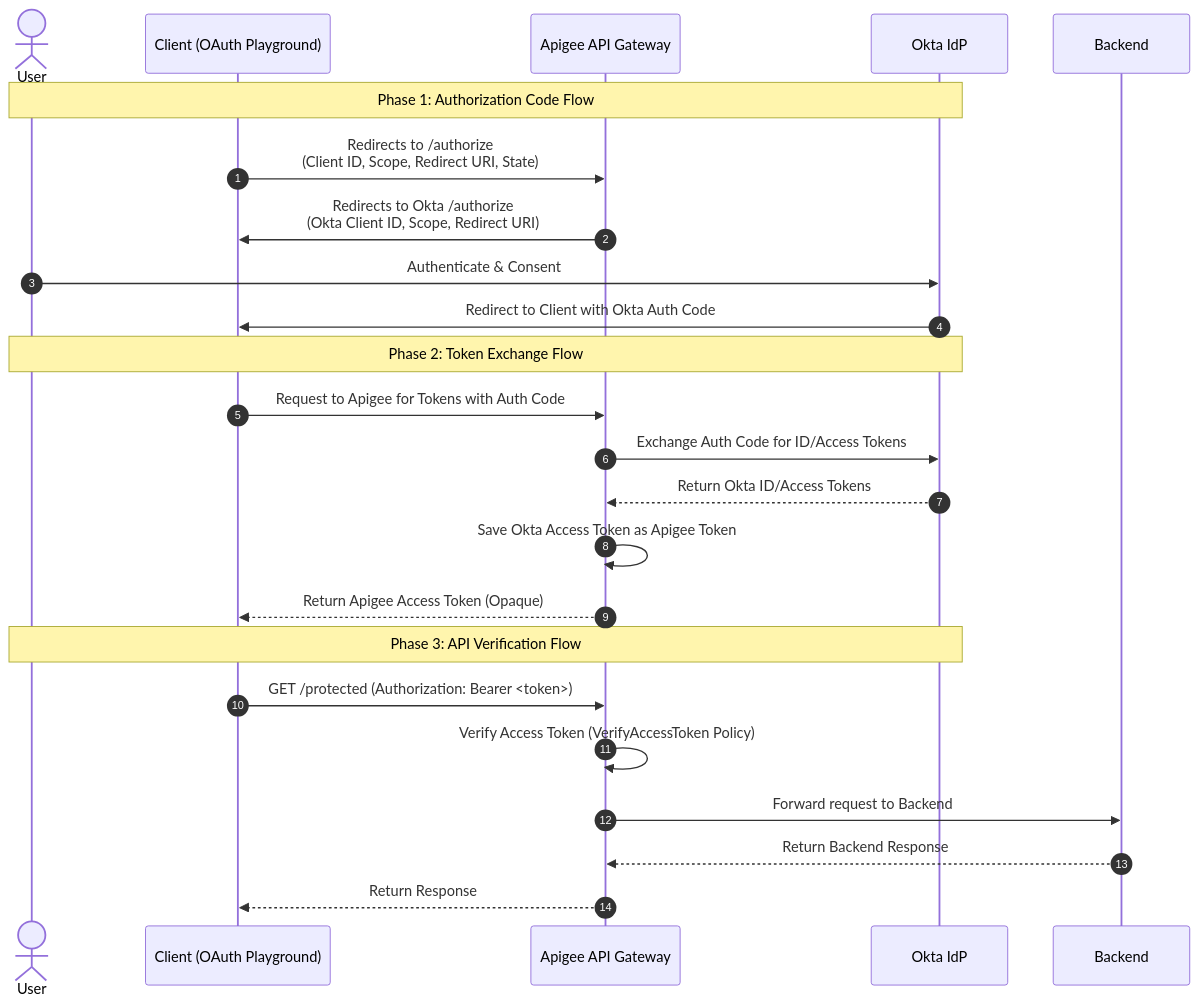
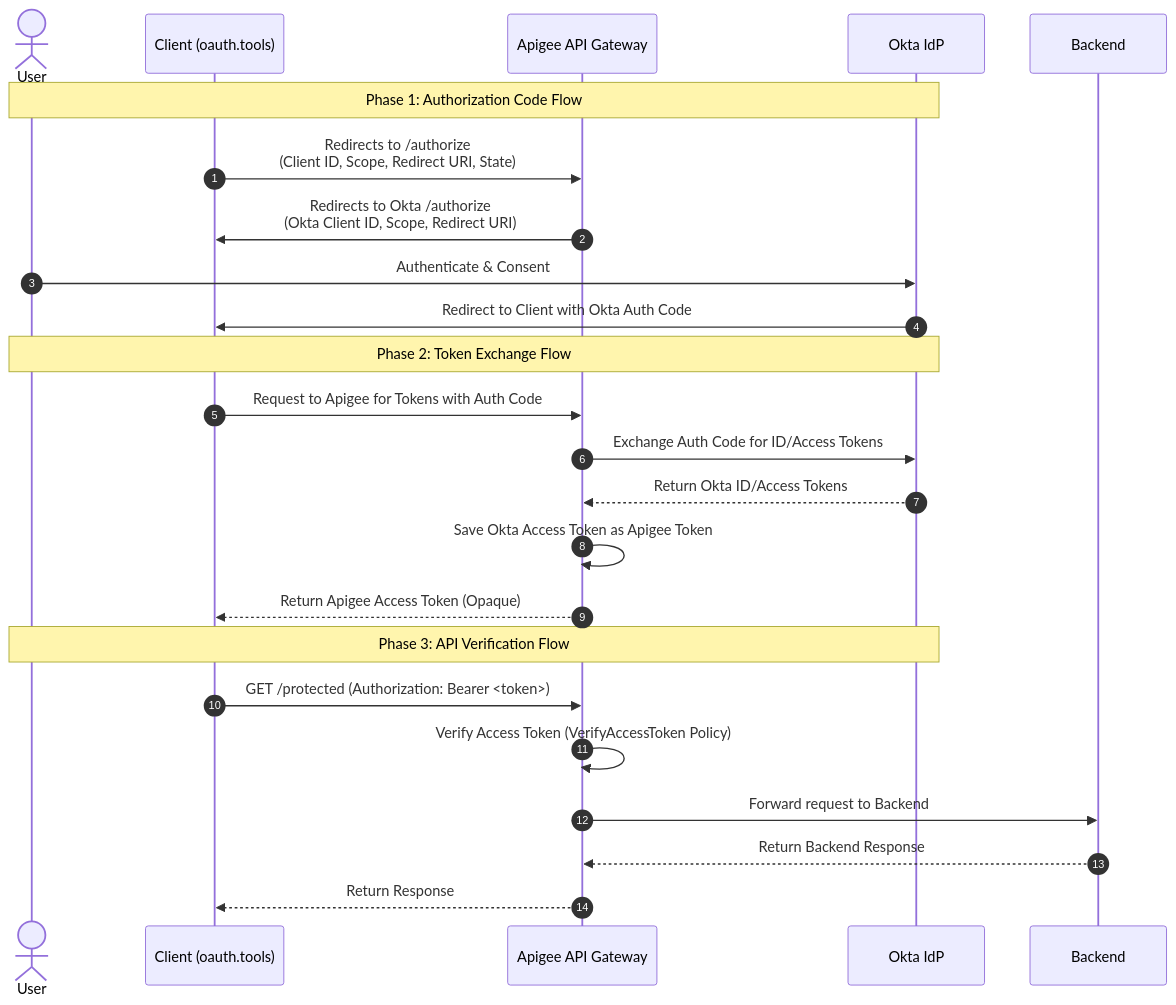
Before and after one commit to cbhong-ops/apigee-oidc-okta: the diagram in README.md, drawn with Mermaid. The commit also changed other lines of this file and 7 other files, not shown here.

Commit message:
use oauth.tools

````diff
--- a/README.md
+++ b/README.md
@@ -17,28 +17,28 @@
 ```mermaid
 sequenceDiagram
     autonumber
     actor User
-    participant Client as Client (OAuth Playground)
+    participant Client as Client (oauth.tools)
     participant Apigee as Apigee API Gateway
     participant Okta as Okta IdP
 
     Note over User, Okta: Phase 1: Authorization Code Flow
     Client->>Apigee: Redirects to /authorize<br/>(Client ID, Scope, Redirect URI, State)
     Apigee->>Client: Redirects to Okta /authorize<br/>(Okta Client ID, Scope, Redirect URI)
     User->>Okta: Authenticate & Consent
     Okta->>Client: Redirect to Client with Okta Auth Code
 
     Note over User, Okta: Phase 2: Token Exchange Flow
     Client->>Apigee: Request to Apigee for Tokens with Auth Code
     Apigee->>Okta: Exchange Auth Code for ID/Access Tokens 
     Okta-->>Apigee: Return Okta ID/Access Tokens
     Apigee->>Apigee: Save Okta Access Token as Apigee Token
     Apigee-->>Client: Return Apigee Access Token (Opaque)
 
     Note over User, Okta: Phase 3: API Verification Flow
     Client->>Apigee: GET /protected (Authorization: Bearer <token>)
     Apigee->>Apigee: Verify Access Token (VerifyAccessToken Policy)
     Apigee->>Backend: Forward request to Backend
     Backend-->>Apigee: Return Backend Response
     Apigee-->>Client: Return Response
 ```
````
